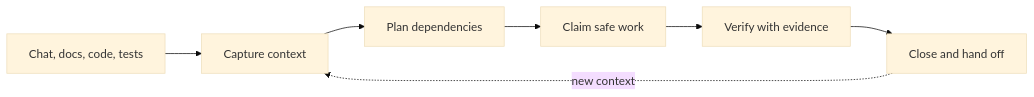
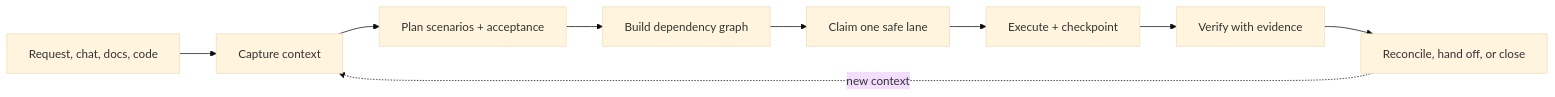
Before and after one commit to mattrichmo/boreal-work: the first of 4 diagrams in README.md, drawn with Mermaid (base theme). The commit also changed other lines of this file and 1 other file, not shown here.

```diff
--- a/README.md
+++ b/README.md
@@ -22,9 +38,11 @@
 ~~~mermaid
 flowchart LR
-    A["Chat, docs, code, tests"] --> B["Capture context"]
-    B --> C["Plan dependencies"]
-    C --> D["Claim safe work"]
-    D --> E["Verify with evidence"]
-    E --> F["Close and hand off"]
-    F -. "new context" .-> B
+    A["Request, chat, docs, code"] --> B["Capture context"]
+    B --> C["Plan scenarios + acceptance"]
+    C --> D["Build dependency graph"]
+    D --> E["Claim one safe lane"]
+    E --> F["Execute + checkpoint"]
+    F --> G["Verify with evidence"]
+    G --> H["Reconcile, hand off, or close"]
+    H -. "new context" .-> B
 ~~~
```
